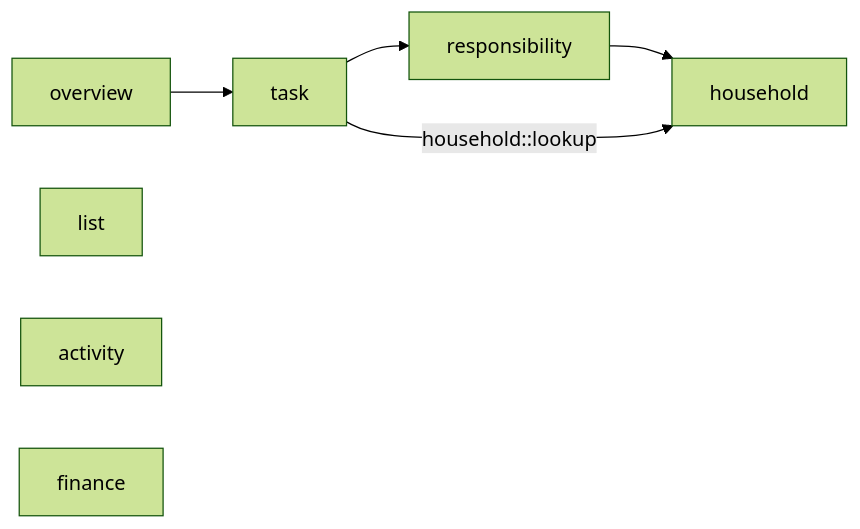
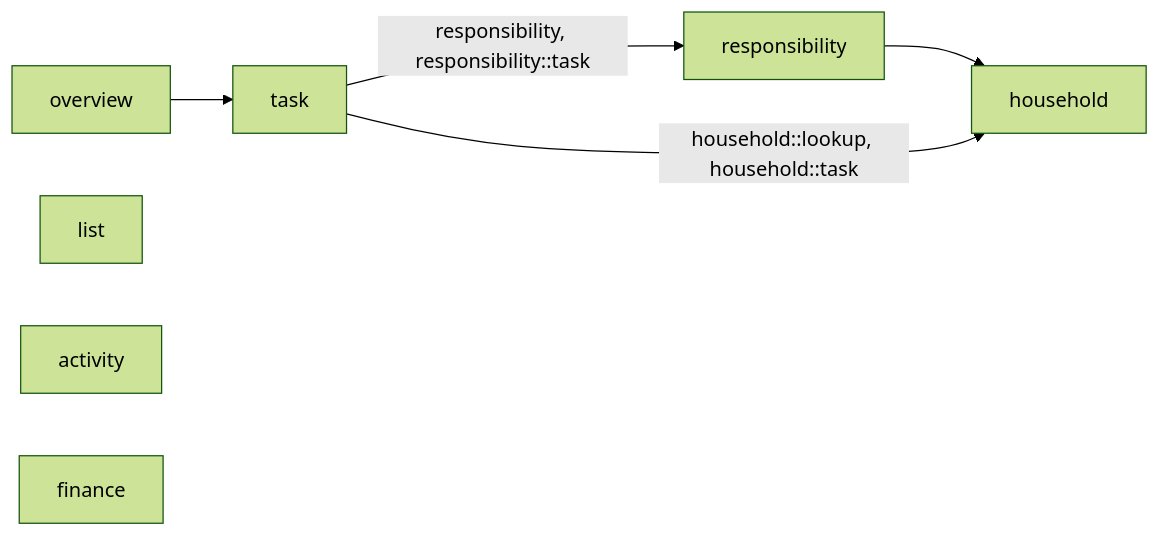
One commit to 0wlRLyK/SharedOPS changed the diagram in docs/architecture.md. Above: the diagram before and after it, drawn with Mermaid (forest theme). The commit also changed other lines of this file and 48 other files, not shown here.

````diff
--- a/docs/architecture.md
+++ b/docs/architecture.md
@@ -27,15 +27,15 @@
 ```mermaid
 flowchart LR
     Household["household"]
     Responsibility["responsibility"]
     Task["task"]
     Overview["overview"]
     List["list"]
     Activity["activity"]
     Finance["finance"]
 
     Responsibility --> Household
-    Task --> Responsibility
-    Task -->|"household::lookup"| Household
+    Task -->|"responsibility, responsibility::task"| Responsibility
+    Task -->|"household::lookup, household::task"| Household
     Overview --> Task
 ```
````
